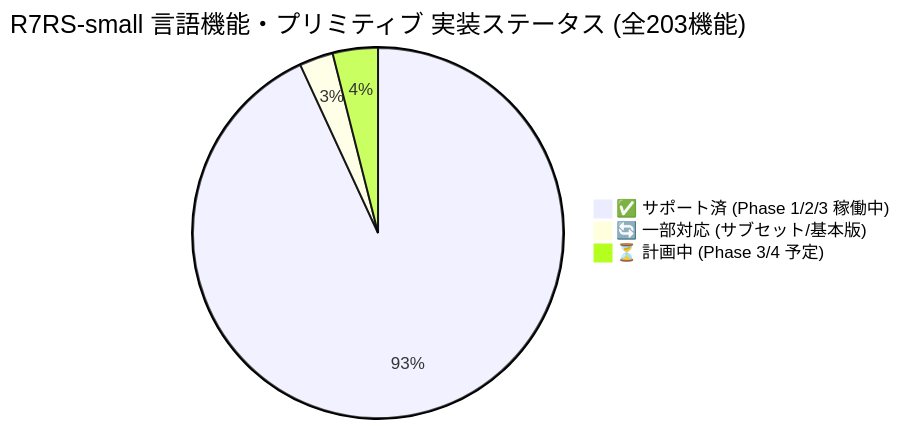
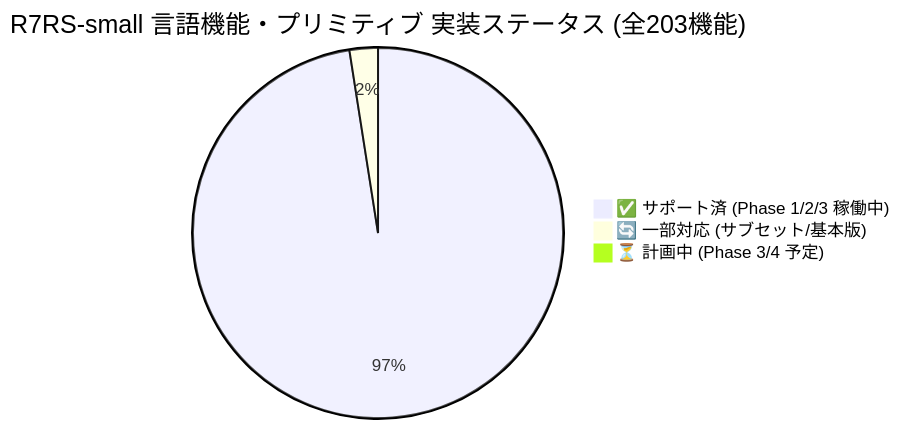
Before and after one commit to rokujyouhitoma/arxiv-security-papers: the first of 3 diagrams in ilisp/docs/SPEC_R7RS.md, drawn with Mermaid. The commit also changed other lines of this file and 6 other files, not shown here.

````diff
--- a/ilisp/docs/SPEC_R7RS.md
+++ b/ilisp/docs/SPEC_R7RS.md
@@ -17,6 +17,6 @@
 ```mermaid
 pie title R7RS-small 言語機能・プリミティブ 実装ステータス (全203機能)
-    "✅ サポート済 (Phase 1/2/3 稼働中)" : 189
-    "🔄 一部対応 (サブセット/基本版)" : 6
-    "⏳ 計画中 (Phase 3/4 予定)" : 8
+    "✅ サポート済 (Phase 1/2/3 稼働中)" : 197
+    "🔄 一部対応 (サブセット/基本版)" : 5
+    "⏳ 計画中 (Phase 3/4 予定)" : 1
 ```
````
